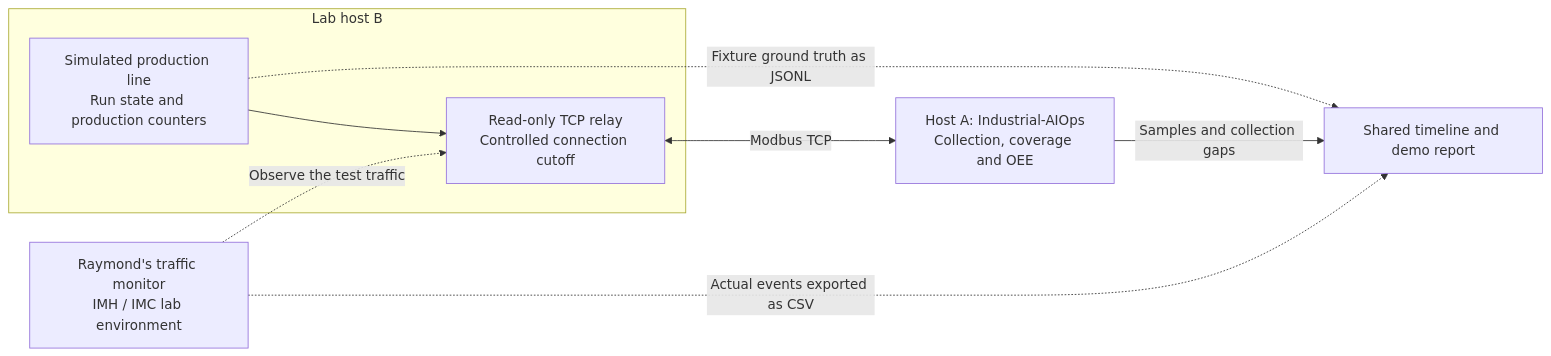
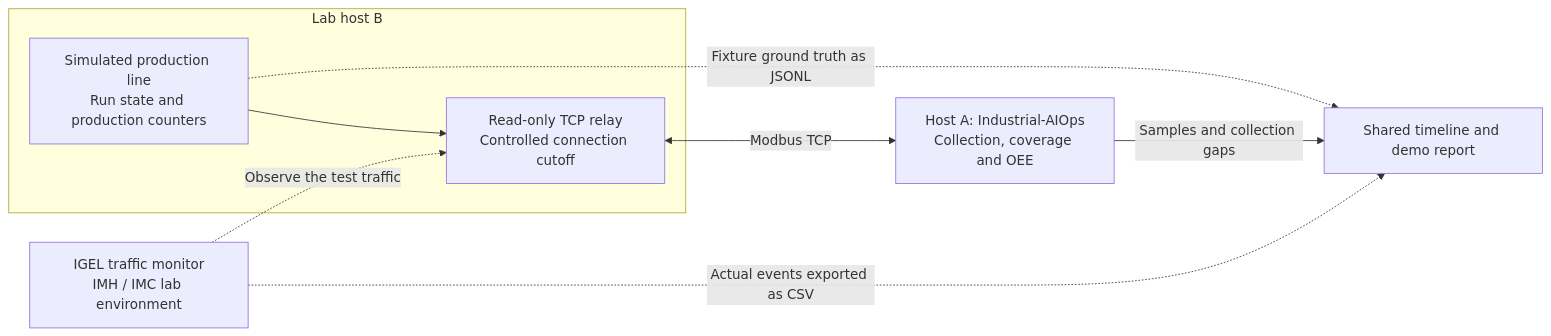
The diagram in deploy/igel/evaluation/README.md (industrial-aiops/industrial-aiops), drawn with Mermaid before and after one commit. The commit also changed other lines of this file and 2 other files, not shown here.

Commit message:
docs: use IGEL naming throughout evaluation materials

````diff
--- a/deploy/igel/evaluation/README.md
+++ b/deploy/igel/evaluation/README.md
@@ -21,16 +21,16 @@
 ```mermaid
 flowchart LR
     subgraph B["Lab host B"]
         P["Simulated production line<br/>Run state and production counters"]
         R["Read-only TCP relay<br/>Controlled connection cutoff"]
         P --> R
     end
     C["Host A: Industrial-AIOps<br/>Collection, coverage and OEE"]
-    M["Raymond's traffic monitor<br/>IMH / IMC lab environment"]
+    M["IGEL traffic monitor<br/>IMH / IMC lab environment"]
     T["Shared timeline and demo report"]
     R <-->|Modbus TCP| C
     M -.->|Observe the test traffic| R
     C -->|Samples and collection gaps| T
     M -.->|Actual events exported as CSV| T
     P -.->|Fixture ground truth as JSONL| T
 ```
````
